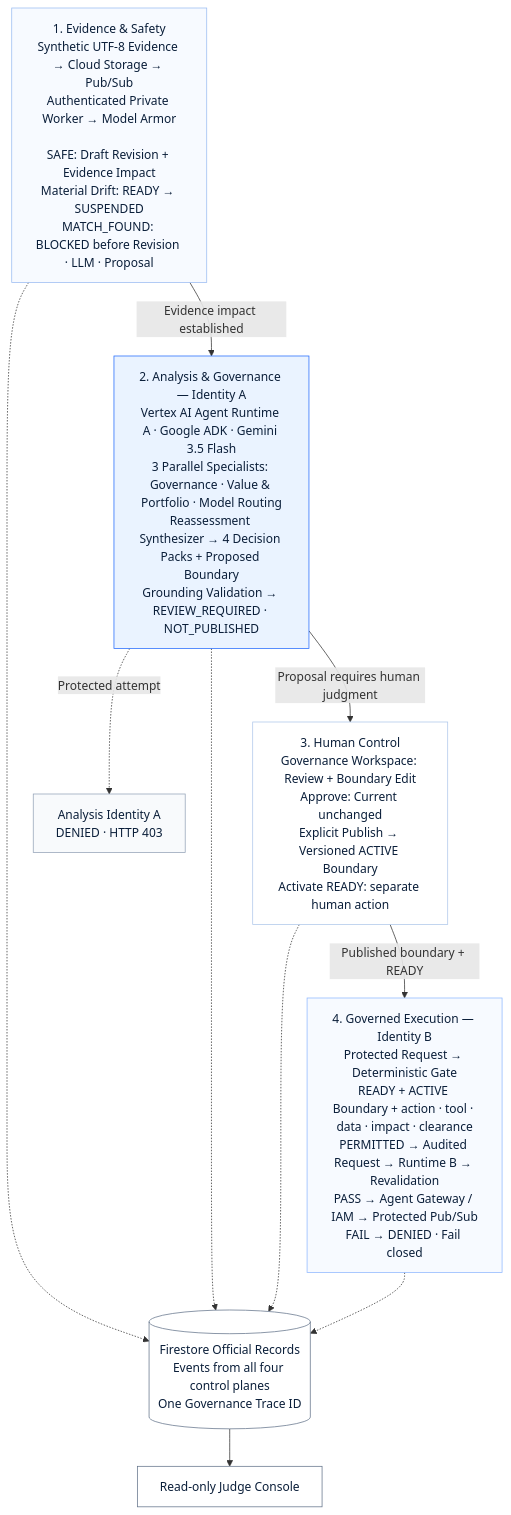
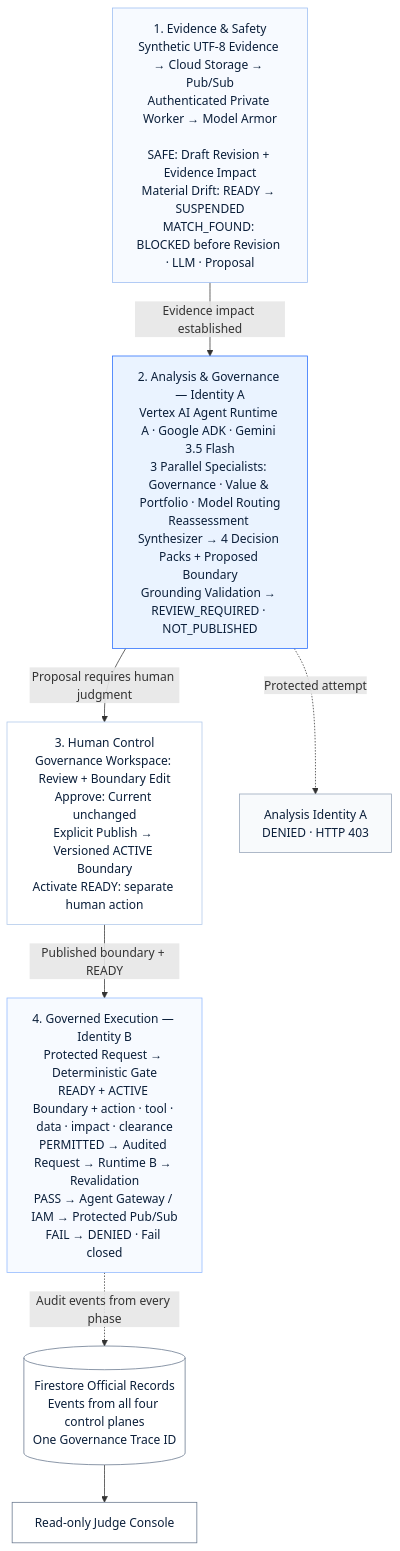
Before and after one commit to solidfdn/readinessops-agent-fleet-governance: the diagram in docs/architecture/readinessops-architecture.mmd, drawn with Mermaid. The commit also changed 1 other file, not shown here.

Commit message:
Tighten Mermaid architecture layout

```diff
--- a/docs/architecture/readinessops-architecture.mmd
+++ b/docs/architecture/readinessops-architecture.mmd
@@ -1,36 +1,33 @@
 flowchart TB
   E["1. Evidence & Safety<br/>Synthetic UTF-8 Evidence → Cloud Storage → Pub/Sub<br/>Authenticated Private Worker → Model Armor<br/><br/>SAFE: Draft Revision + Evidence Impact<br/>Material Drift: READY → SUSPENDED<br/>MATCH_FOUND: BLOCKED before Revision · LLM · Proposal"]
 
   A["2. Analysis & Governance — Identity A<br/>Vertex AI Agent Runtime A · Google ADK · Gemini 3.5 Flash<br/>3 Parallel Specialists: Governance · Value & Portfolio · Model Routing<br/>Reassessment Synthesizer → 4 Decision Packs + Proposed Boundary<br/>Grounding Validation → REVIEW_REQUIRED · NOT_PUBLISHED"]
 
   H["3. Human Control<br/>Governance Workspace: Review + Boundary Edit<br/>Approve: Current unchanged<br/>Explicit Publish → Versioned ACTIVE Boundary<br/>Activate READY: separate human action"]
 
   X["4. Governed Execution — Identity B<br/>Protected Request → Deterministic Gate<br/>READY + ACTIVE Boundary + action · tool · data · impact · clearance<br/>PERMITTED → Audited Request → Runtime B → Revalidation<br/>PASS → Agent Gateway / IAM → Protected Pub/Sub<br/>FAIL → DENIED · Fail closed"]
 
   E -->|Evidence impact established| A
   A -->|Proposal requires human judgment| H
   H -->|Published boundary + READY| X
   A -.->|Protected attempt| IAD["Analysis Identity A<br/>DENIED · HTTP 403"]
 
   FS[("Firestore Official Records<br/>Events from all four control planes<br/>One Governance Trace ID")]
   JUDGE["Read-only Judge Console"]
 
-  E -.-> FS
-  A -.-> FS
-  H -.-> FS
-  X -.-> FS
+  X -.->|Audit events from every phase| FS
   FS --> JUDGE
 
   classDef security fill:#F7FAFF,stroke:#9ABCF2,color:#0B1F3A;
   classDef blocked fill:#F8FAFC,stroke:#94A3B8,color:#0B1F3A;
   classDef governance fill:#EAF3FF,stroke:#246BFD,color:#0B1F3A;
   classDef human fill:#FFFFFF,stroke:#AFC7EA,color:#0B1F3A;
   classDef execution fill:#F7FAFF,stroke:#8FB8FF,color:#0B1F3A;
   classDef record fill:#FFFFFF,stroke:#64748B,color:#0B1F3A;
 
   class E security;
   class IAD blocked;
   class A governance;
   class H human;
   class X execution;
   class FS,JUDGE record;
```
